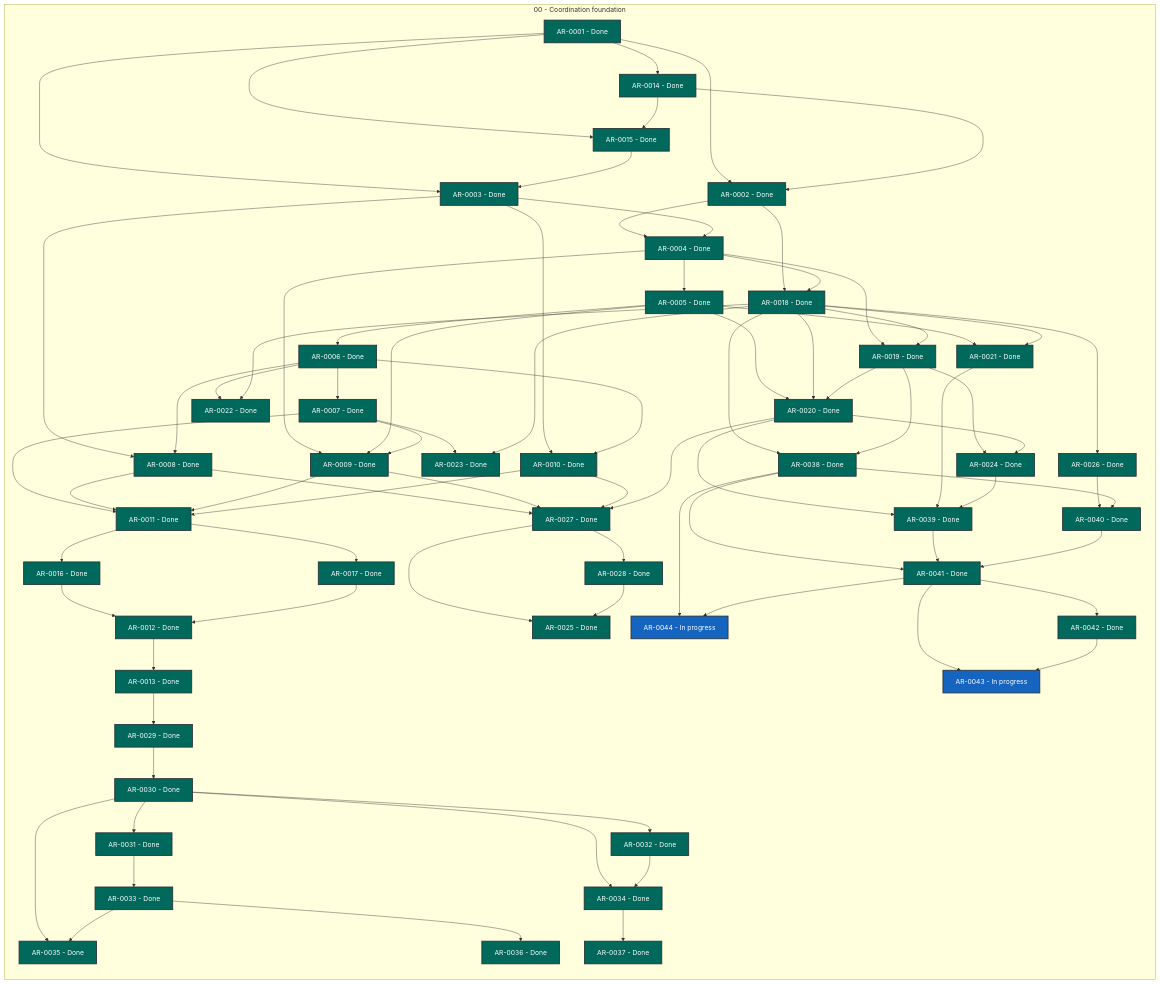
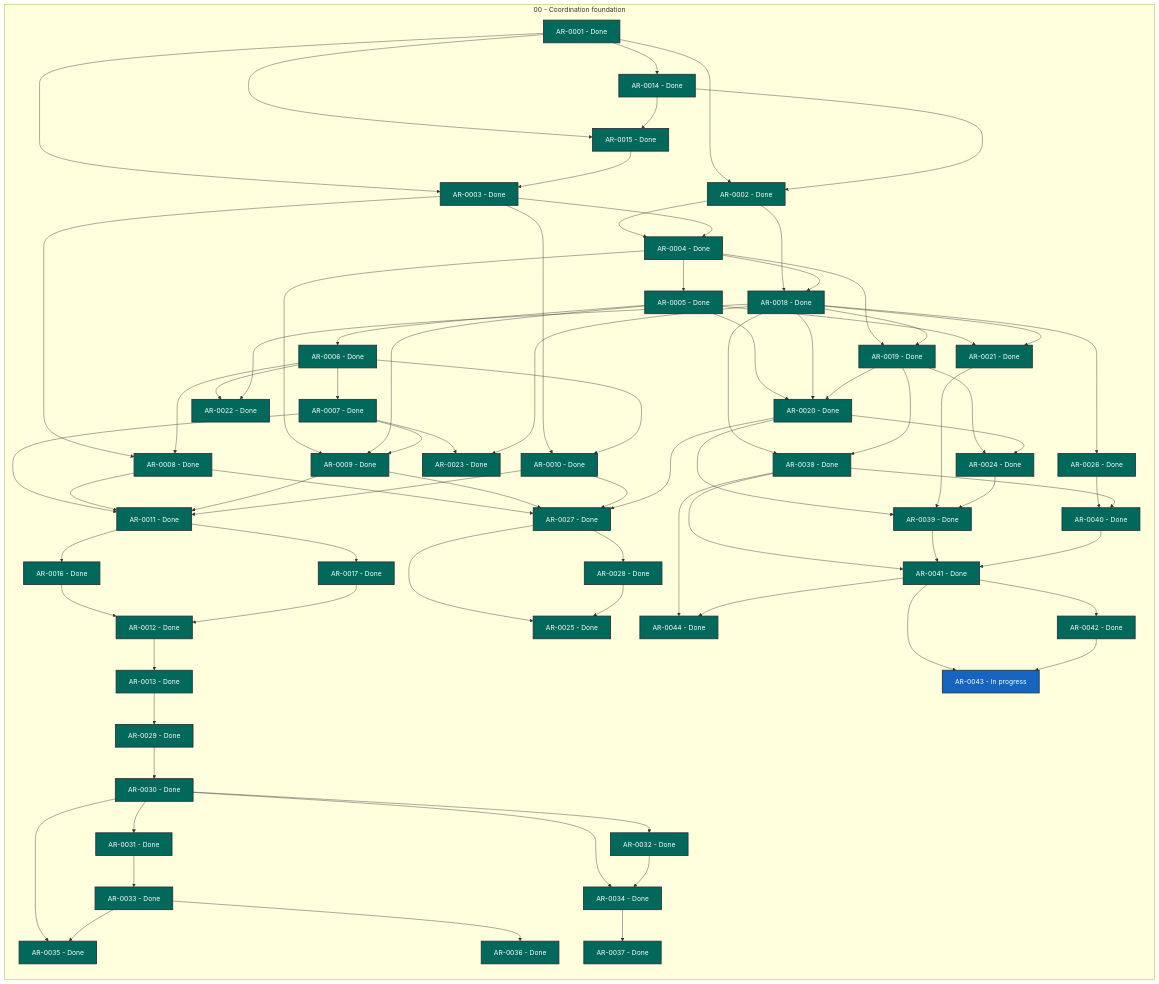
One commit to martin-beck/agent-workflow-tui-state changed the diagram in STATUS.md. Above: the diagram before and after it, drawn with Mermaid. The commit also changed other lines of this file and 2 other files, not shown here.

```diff
--- a/STATUS.md
+++ b/STATUS.md
@@ -71,7 +71,7 @@
         AR_0041["AR-0041 - Done"]:::status_done
         AR_0042["AR-0042 - Done"]:::status_done
         AR_0043["AR-0043 - In progress"]:::status_in_progress
-        AR_0044["AR-0044 - In progress"]:::status_in_progress
+        AR_0044["AR-0044 - Done"]:::status_done
     end
     AR_0001 --> AR_0002
     AR_0001 --> AR_0003
```
